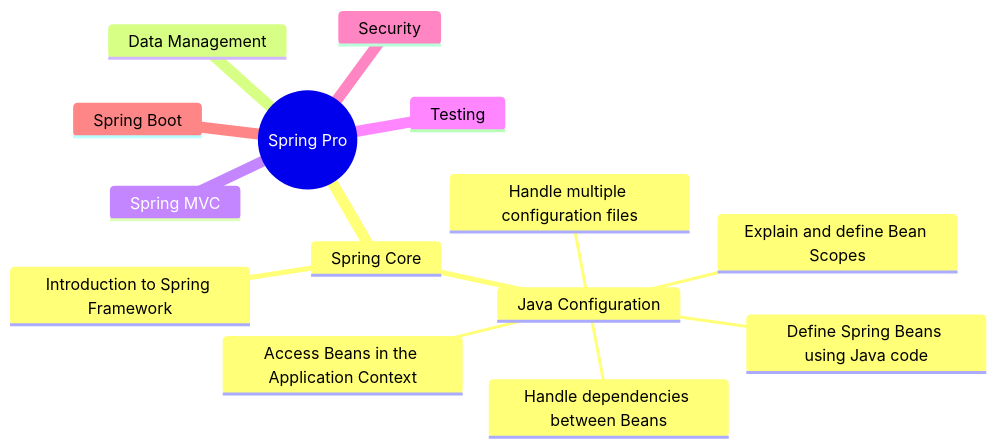
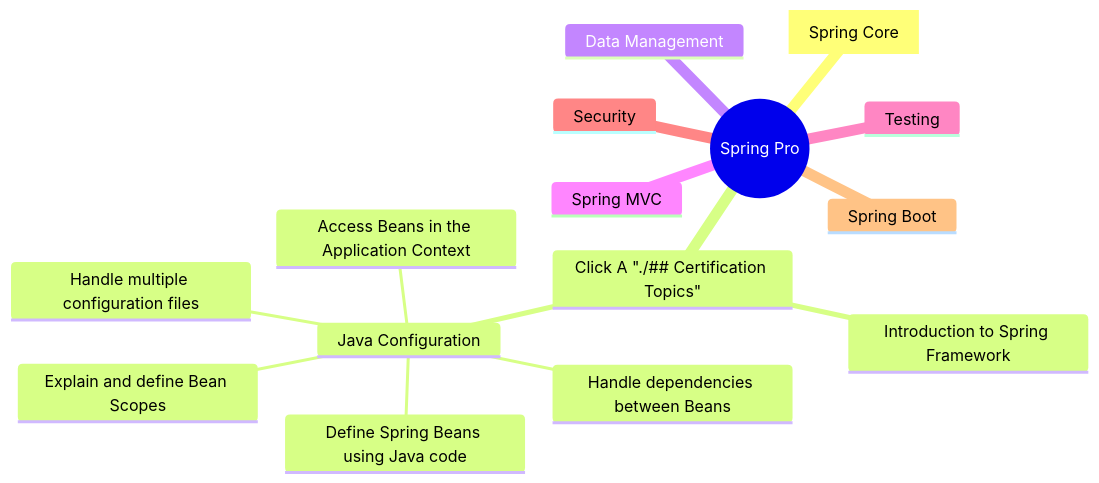
The first of 2 diagrams in content/spring-certified-pro/00-master/README.md (jrsmth/spring), drawn with Mermaid before and after one commit.

Commit message:
[SCP-0] Revision set-up

````diff
--- a/content/spring-certified-pro/00-master/README.md
+++ b/content/spring-certified-pro/00-master/README.md
@@ -7,17 +7,18 @@
 ```mermaid
 mindmap
   root((Spring Pro))
-    Spring Core
+    A[Spring Core]
+    Click A "./## Certification Topics"
       Introduction to Spring Framework
       Java Configuration
         Define Spring Beans using Java code
         Access Beans in the Application Context
         Handle multiple configuration files
         Handle dependencies between Beans
         Explain and define Bean Scopes
     Data Management
     Spring MVC
     Testing
     Security
     Spring Boot
 ```
````
